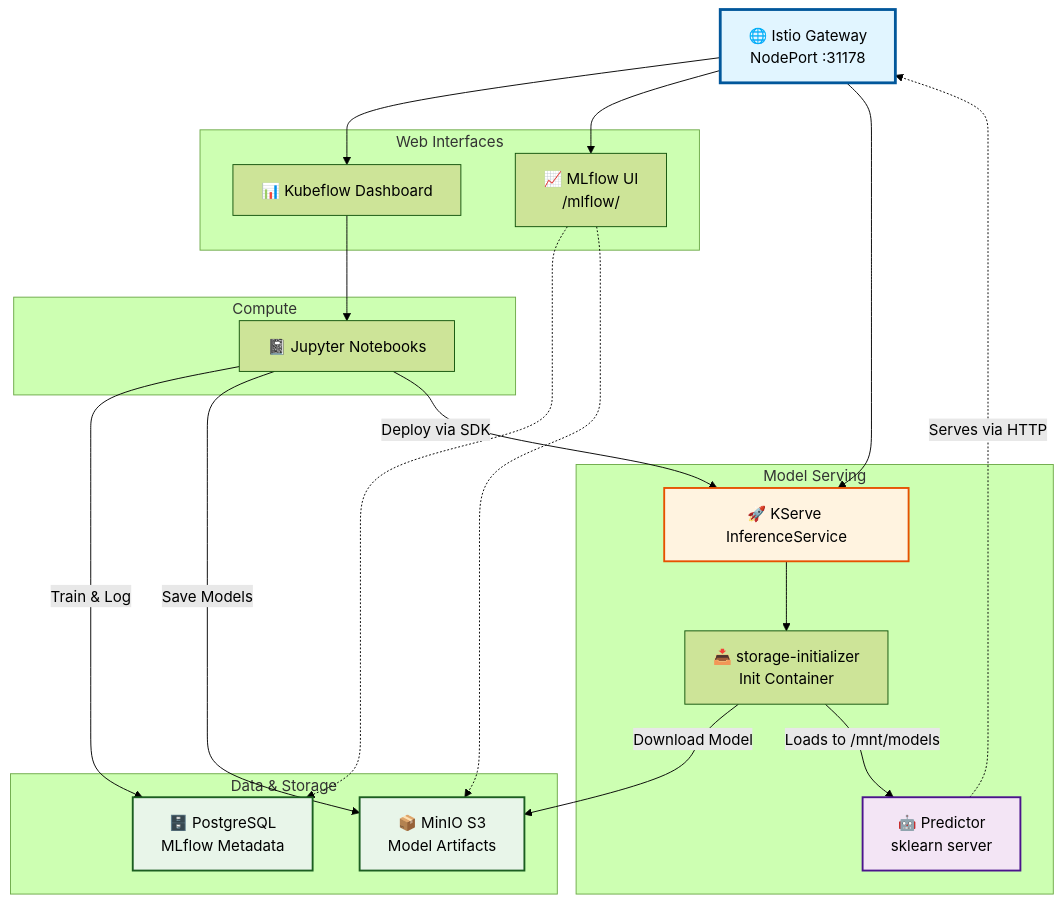
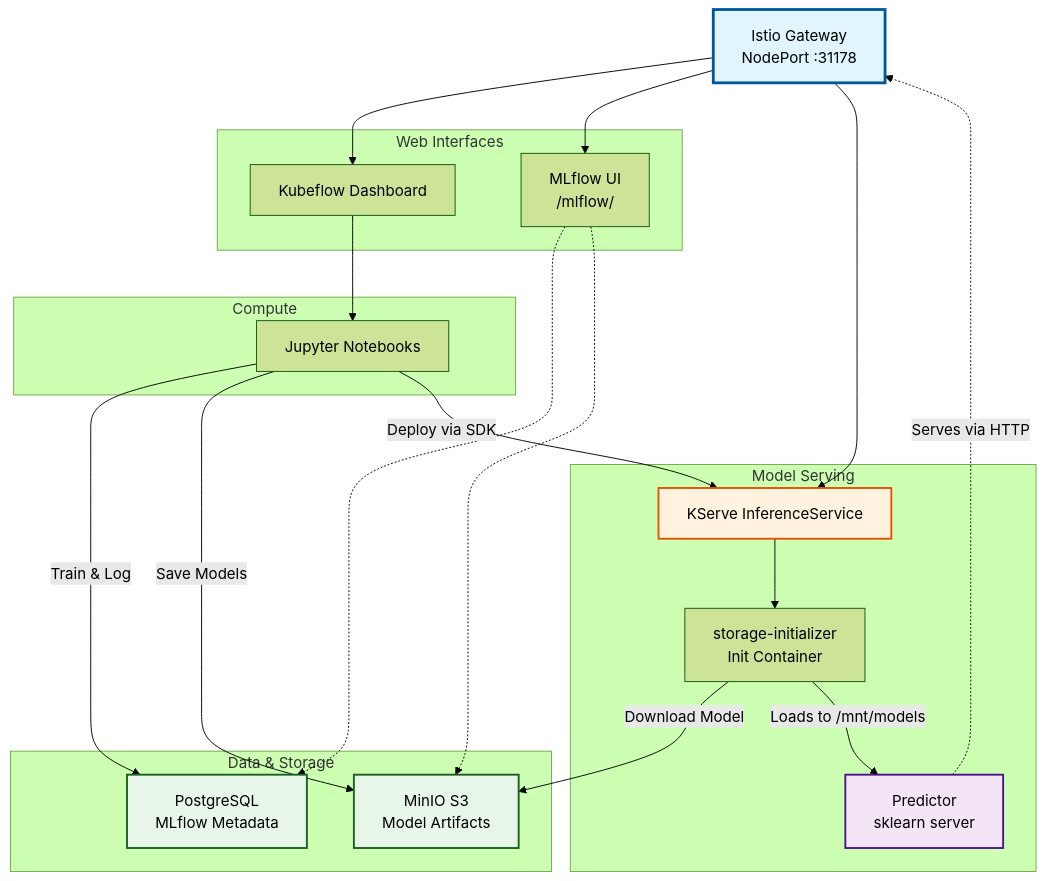
One commit to tavigingu/model-rift-ops changed the first of 2 diagrams in README.md. Above: the diagram before and after it, drawn with Mermaid (forest theme). The commit also changed other lines of this file and 1 other file, not shown here.

````diff
--- a/README.md
+++ b/README.md
@@ -262,47 +262,47 @@
 ```mermaid
 graph TB
-    Gateway[🌐 Istio Gateway<br/>NodePort :31178]
+    Gateway[Istio Gateway<br/>NodePort :31178]
     
     subgraph "Web Interfaces"
-        Dashboard[📊 Kubeflow Dashboard]
-        MLflowUI[📈 MLflow UI<br/>/mlflow/]
+        Dashboard[Kubeflow Dashboard]
+        MLflowUI[MLflow UI<br/>/mlflow/]
     end
     
     subgraph "Compute"
-        Jupyter[📓 Jupyter Notebooks]
+        Jupyter[Jupyter Notebooks]
     end
     
     subgraph "Data & Storage"
-        Postgres[🗄️ PostgreSQL<br/>MLflow Metadata]
-        Minio[📦 MinIO S3<br/>Model Artifacts]
+        Postgres[PostgreSQL<br/>MLflow Metadata]
+        Minio[MinIO S3<br/>Model Artifacts]
     end
     
     subgraph "Model Serving"
-        KServe[🚀 KServe InferenceService]
-        StorageInit[📥 storage-initializer<br/>Init Container]
-        Predictor[🤖 Predictor<br/>sklearn server]
+        KServe[KServe InferenceService]
+        StorageInit[storage-initializer<br/>Init Container]
+        Predictor[Predictor<br/>sklearn server]
     end
     
     Gateway --> Dashboard
     Gateway --> MLflowUI
     Gateway --> KServe
     
     Dashboard --> Jupyter
     MLflowUI -.-> Postgres
     MLflowUI -.-> Minio
     
     Jupyter -->|Train & Log| Postgres
     Jupyter -->|Save Models| Minio
     Jupyter -->|Deploy via SDK| KServe
     
     KServe --> StorageInit
     StorageInit -->|Download Model| Minio
     StorageInit -->|Loads to /mnt/models| Predictor
     Predictor -.->|Serves via HTTP| Gateway
     
     style Gateway fill:#e1f5ff,stroke:#01579b,stroke-width:3px
     style KServe fill:#fff3e0,stroke:#e65100,stroke-width:2px
     style Predictor fill:#f3e5f5,stroke:#4a148c,stroke-width:2px
     style Minio fill:#e8f5e9,stroke:#1b5e20,stroke-width:2px
     style Postgres fill:#e8f5e9,stroke:#1b5e20,stroke-width:2px
 ```
````
